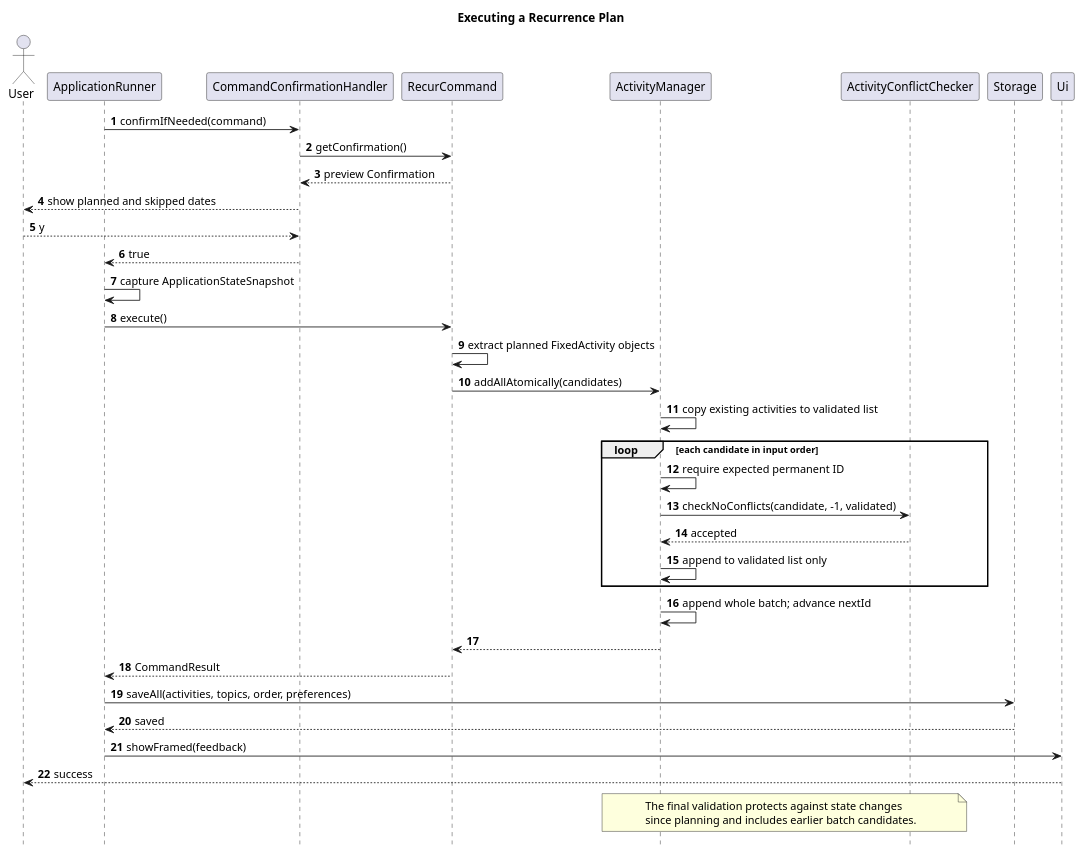
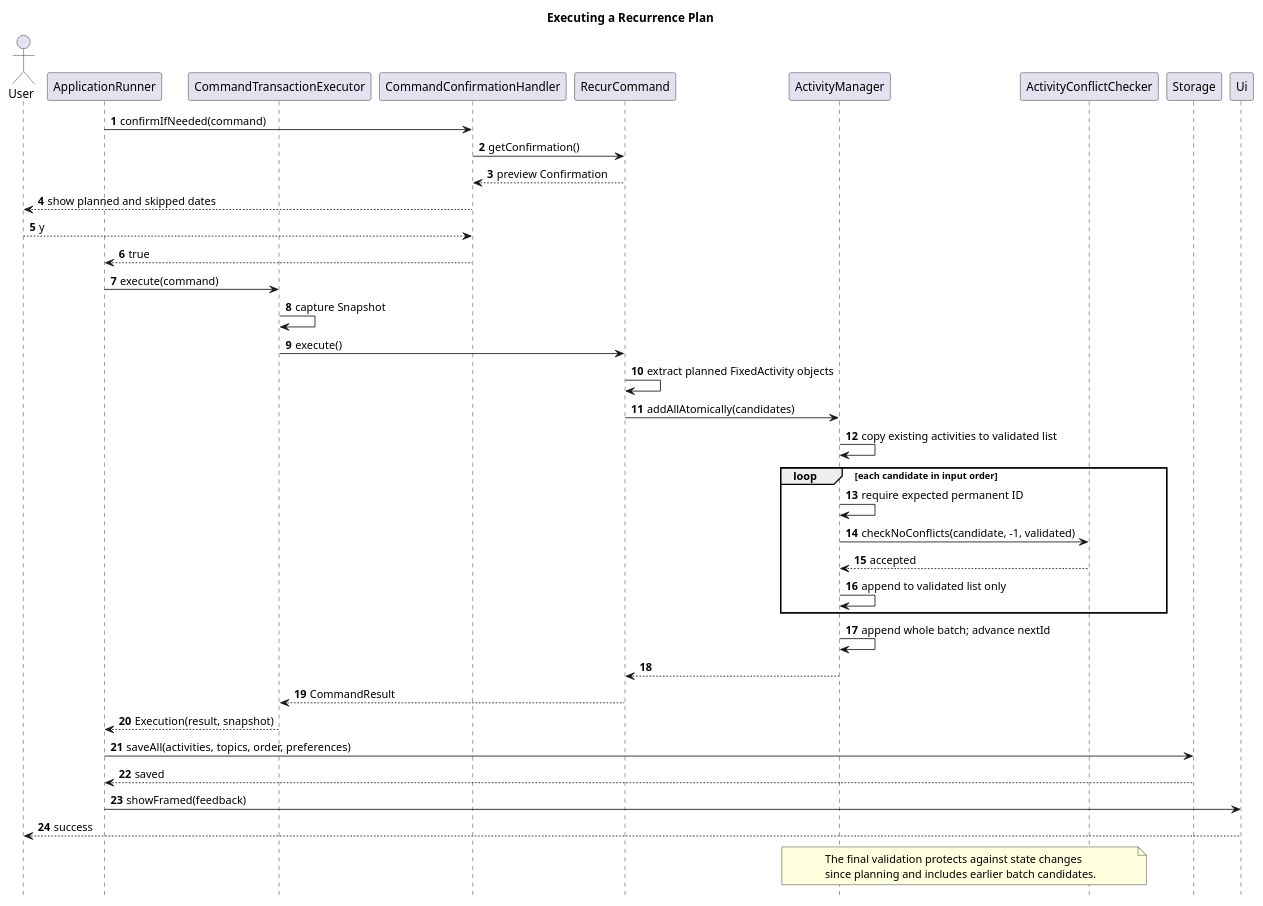
One commit to lukelouyu/SelfTeamProject changed the diagram in docs/diagrams/sequence/RecurrenceExecutionSequence.puml. Above: the diagram before and after it, drawn with PlantUML. The commit also changed 84 other files, not shown here.

```diff
--- a/docs/diagrams/sequence/RecurrenceExecutionSequence.puml
+++ b/docs/diagrams/sequence/RecurrenceExecutionSequence.puml
@@ -1,47 +1,50 @@
 @startuml
 title Executing a Recurrence Plan
 
 skinparam shadowing false
 hide footbox
 autonumber
 
 actor User
 participant ApplicationRunner as Runner
+participant CommandTransactionExecutor as Transaction
 participant CommandConfirmationHandler as Confirmation
 participant RecurCommand as Command
 participant ActivityManager as Manager
 participant ActivityConflictChecker as Checker
 participant Storage
 participant Ui
 
 Runner -> Confirmation : confirmIfNeeded(command)
 Confirmation -> Command : getConfirmation()
 Command --> Confirmation : preview Confirmation
 Confirmation --> User : show planned and skipped dates
 User --> Confirmation : y
 Confirmation --> Runner : true
-Runner -> Runner : capture ApplicationStateSnapshot
-Runner -> Command : execute()
+Runner -> Transaction : execute(command)
+Transaction -> Transaction : capture Snapshot
+Transaction -> Command : execute()
 Command -> Command : extract planned FixedActivity objects
 Command -> Manager : addAllAtomically(candidates)
 Manager -> Manager : copy existing activities to validated list
 loop each candidate in input order
   Manager -> Manager : require expected permanent ID
   Manager -> Checker : checkNoConflicts(candidate, -1, validated)
   Checker --> Manager : accepted
   Manager -> Manager : append to validated list only
 end
 Manager -> Manager : append whole batch; advance nextId
 Manager --> Command
-Command --> Runner : CommandResult
+Command --> Transaction : CommandResult
+Transaction --> Runner : Execution(result, snapshot)
 Runner -> Storage : saveAll(activities, topics, order, preferences)
 Storage --> Runner : saved
 Runner -> Ui : showFramed(feedback)
 Ui --> User : success
 
 note over Manager,Checker
   The final validation protects against state changes
   since planning and includes earlier batch candidates.
 end note
 
 @enduml
```
